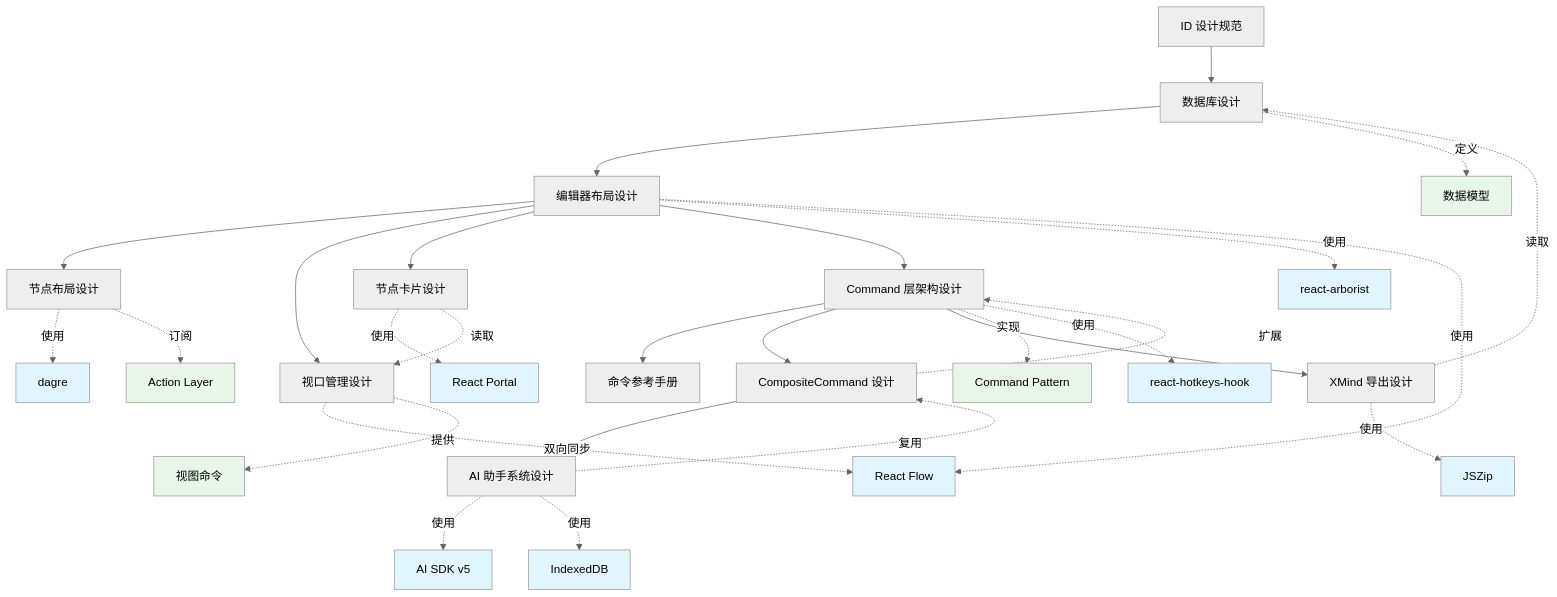
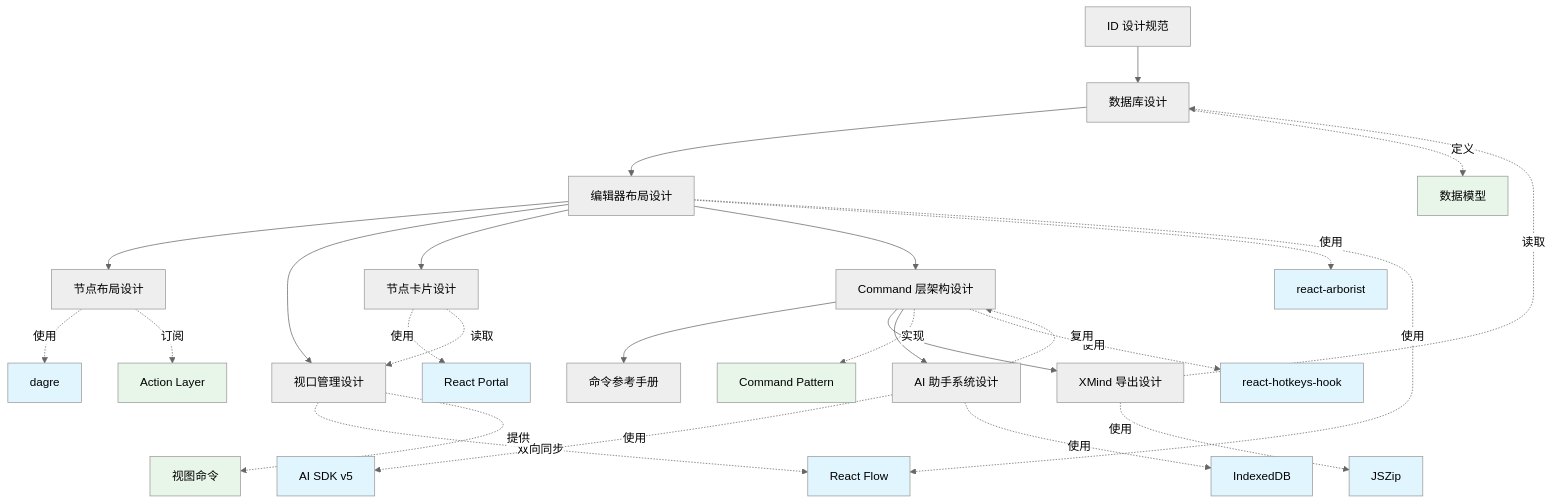
One commit to colin-han/spider-mind-v2 changed the diagram in docs/design/INDEX.md. Above: the diagram before and after it, drawn with Mermaid (neutral theme). The commit also changed other lines of this file and 11 other files, not shown here.

````diff
--- a/docs/design/INDEX.md
+++ b/docs/design/INDEX.md
@@ -124,44 +128,42 @@
 ```mermaid
 graph TD
     A[ID 设计规范] --> B[数据库设计]
     B --> C[编辑器布局设计]
     C --> O[节点布局设计]
     C --> R[视口管理设计]
     C --> T[节点卡片设计]
     C --> D[Command 层架构设计]
     D --> E[命令参考手册]
-    D --> F[CompositeCommand 设计]
     D --> X[XMind 导出设计]
-    F --> L[AI 助手系统设计]
+    D --> L[AI 助手系统设计]
 
     B -.->|定义| G[数据模型]
     C -.->|使用| H[react-arborist]
     C -.->|使用| I[React Flow]
     O -.->|使用| P[dagre]
     O -.->|订阅| Q[Action Layer]
     R -.->|双向同步| I
     R -.->|提供| S[视图命令]
     T -.->|使用| U[React Portal]
     T -.->|读取| R
     D -.->|实现| J[Command Pattern]
     D -.->|使用| K[react-hotkeys-hook]
-    F -.->|扩展| D
     L -.->|使用| M[AI SDK v5]
     L -.->|使用| N[IndexedDB]
-    L -.->|复用| F
+    L -.->|复用| D
     X -.->|使用| V[JSZip]
     X -.->|读取| B
 
     style G fill:#e8f5e9
     style H fill:#e1f5fe
     style I fill:#e1f5fe
     style J fill:#e8f5e9
     style K fill:#e1f5fe
     style M fill:#e1f5fe
     style N fill:#e1f5fe
     style P fill:#e1f5fe
     style Q fill:#e8f5e9
     style S fill:#e8f5e9
     style U fill:#e1f5fe
     style V fill:#e1f5fe
 ```
````
